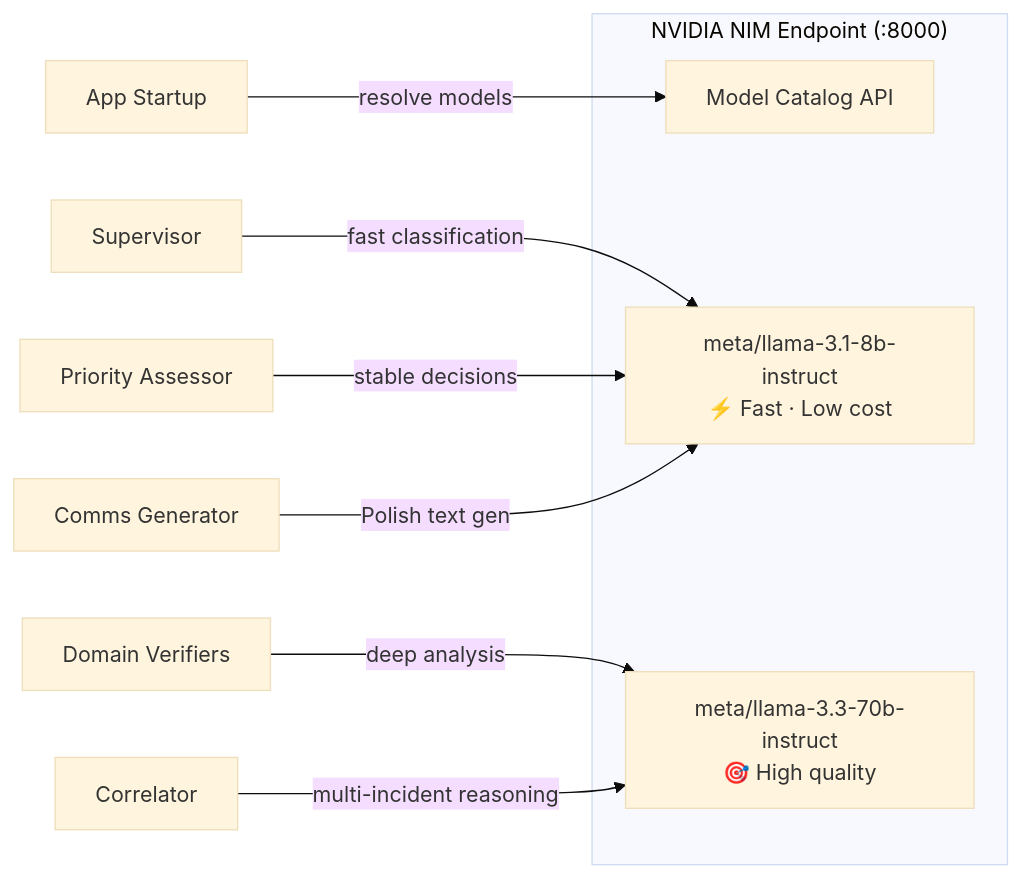
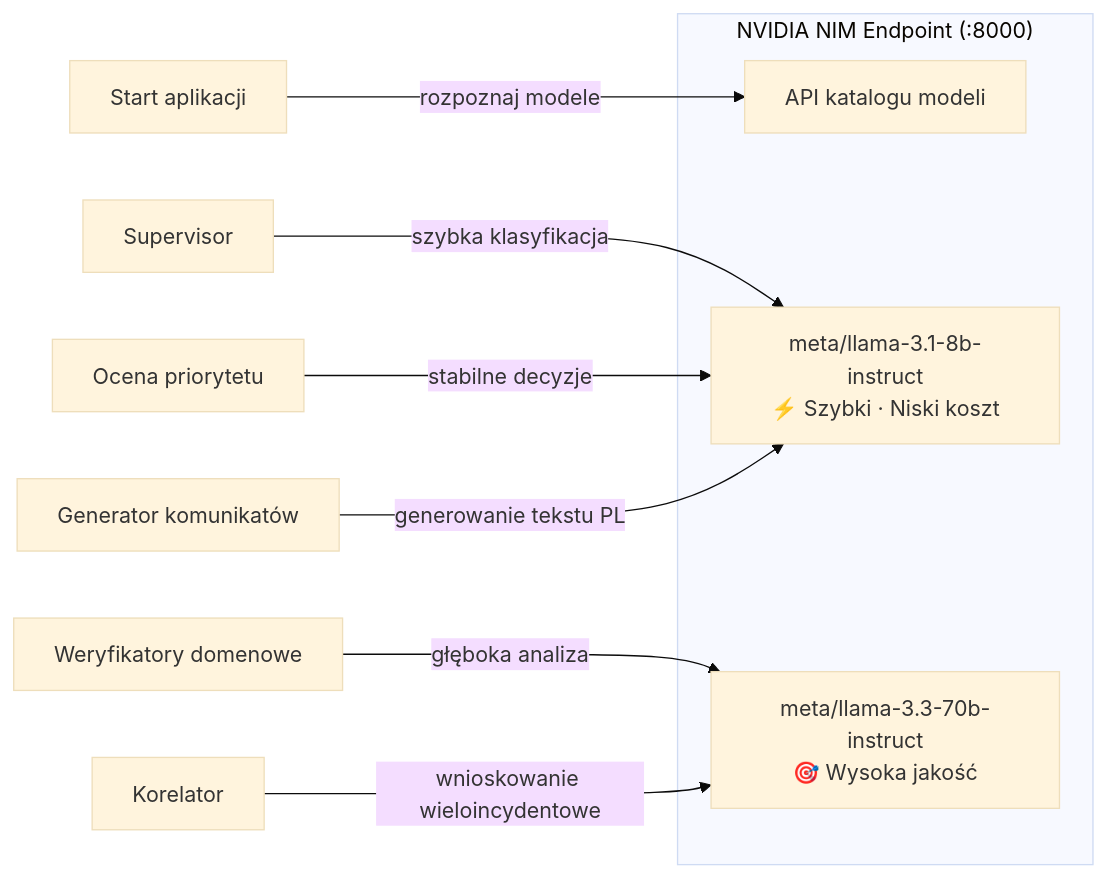
Before and after one commit to a906630/AtosNvidiaHackathon2k26: the third of 6 diagrams in README.md, drawn with Mermaid (base theme). The commit also changed other lines of this file, not shown here.

````diff
--- a/README.md
+++ b/README.md
@@ -139,16 +139,16 @@
 ```mermaid
 graph LR
     subgraph "NVIDIA NIM Endpoint (:8000)"
-        CATALOG[Model Catalog API]
-        LLM8B[meta/llama-3.1-8b-instruct<br/>⚡ Fast · Low cost]
-        LLM70B[meta/llama-3.3-70b-instruct<br/>🎯 High quality]
+        CATALOG[API katalogu modeli]
+        LLM8B[meta/llama-3.1-8b-instruct<br/>⚡ Szybki · Niski koszt]
+        LLM70B[meta/llama-3.3-70b-instruct<br/>🎯 Wysoka jakość]
     end
 
-    SUP[Supervisor] -->|fast classification| LLM8B
-    VER[Domain Verifiers] -->|deep analysis| LLM70B
-    CDC[Correlator] -->|multi-incident reasoning| LLM70B
-    PRI[Priority Assessor] -->|stable decisions| LLM8B
-    COM[Comms Generator] -->|Polish text gen| LLM8B
+    SUP[Supervisor] -->|szybka klasyfikacja| LLM8B
+    WER[Weryfikatory domenowe] -->|głęboka analiza| LLM70B
+    KOR[Korelator] -->|wnioskowanie wieloincydentowe| LLM70B
+    PRI[Ocena priorytetu] -->|stabilne decyzje| LLM8B
+    KOM[Generator komunikatów] -->|generowanie tekstu PL| LLM8B
 
-    APP[App Startup] -->|resolve models| CATALOG
+    APP[Start aplikacji] -->|rozpoznaj modele| CATALOG
 ```
````
